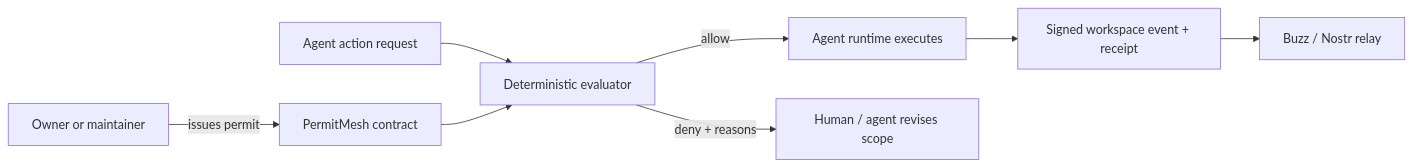
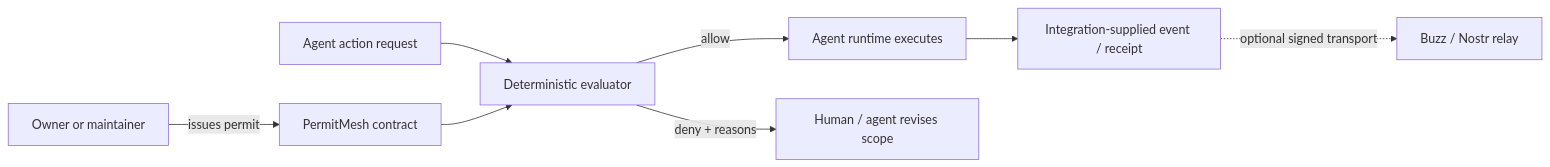
The diagram in README.md (JalenBuildsHub/PermitMesh), drawn with Mermaid before and after one commit. The commit also changed other lines of this file and 13 other files, not shown here.

````diff
--- a/README.md
+++ b/README.md
@@ -112,10 +118,10 @@
 ```mermaid
 flowchart LR
     O["Owner or maintainer"] -->|"issues permit"| C["PermitMesh contract"]
     A["Agent action request"] --> E["Deterministic evaluator"]
     C --> E
     E -->|"allow"| X["Agent runtime executes"]
     E -->|"deny + reasons"| H["Human / agent revises scope"]
-    X --> R["Signed workspace event + receipt"]
-    R --> B["Buzz / Nostr relay"]
+    X --> R["Integration-supplied event / receipt"]
+    R -.->|"optional signed transport"| B["Buzz / Nostr relay"]
 ```
````
